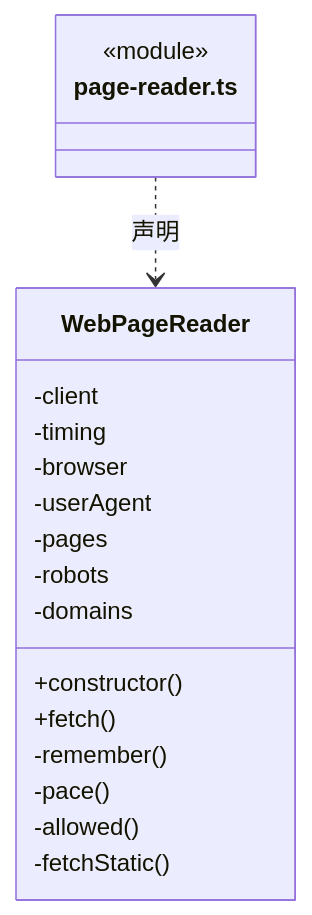
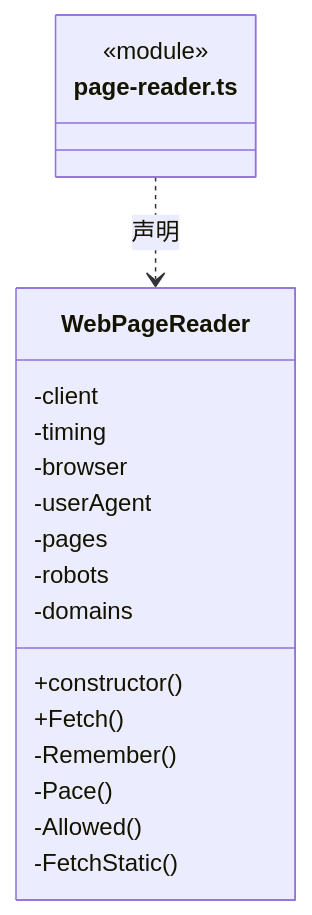
The fourth of 8 diagrams in src/core/platform/node/web/ARCHITECTURE.md (nan023062/cbim), drawn with Mermaid before and after one commit. The commit also changed other lines of this file and 1035 other files, not shown here.

````diff
--- a/src/core/platform/node/web/ARCHITECTURE.md
+++ b/src/core/platform/node/web/ARCHITECTURE.md
@@ -61,22 +61,22 @@
 ```mermaid
 classDiagram
 class N_src_core_platform_node_web_page_reader_ts["page-reader.ts"] {
   <<module>>
 }
 class N_src_core_platform_node_web_page_reader_ts_WebPageReader["WebPageReader"] {
   +constructor()
-  +fetch()
+  +Fetch()
   -client
   -timing
   -browser
   -userAgent
   -pages
   -robots
   -domains
-  -remember()
-  -pace()
-  -allowed()
-  -fetchStatic()
+  -Remember()
+  -Pace()
+  -Allowed()
+  -FetchStatic()
 }
 N_src_core_platform_node_web_page_reader_ts ..> N_src_core_platform_node_web_page_reader_ts_WebPageReader : 声明
 ```
````
